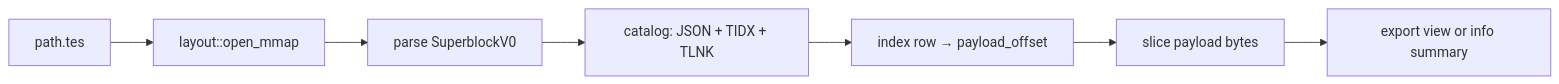
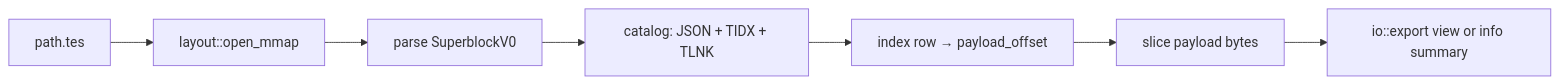
The first of 2 diagrams in docs/engine.md (Latka-Industries/tessera), drawn with Mermaid before and after one commit. The commit also changed other lines of this file and 43 other files, not shown here.

````diff
--- a/docs/engine.md
+++ b/docs/engine.md
@@ -100,9 +105,9 @@
 ```mermaid
 flowchart LR
     P["path.tes"] --> M["layout::open_mmap"]
     M --> S["parse SuperblockV0"]
     S --> C["catalog: JSON + TIDX + TLNK"]
     C --> I["index row → payload_offset"]
     I --> SL["slice payload bytes"]
-    SL --> X["export view or info summary"]
+    SL --> X["io::export view or info summary"]
 ```
````
